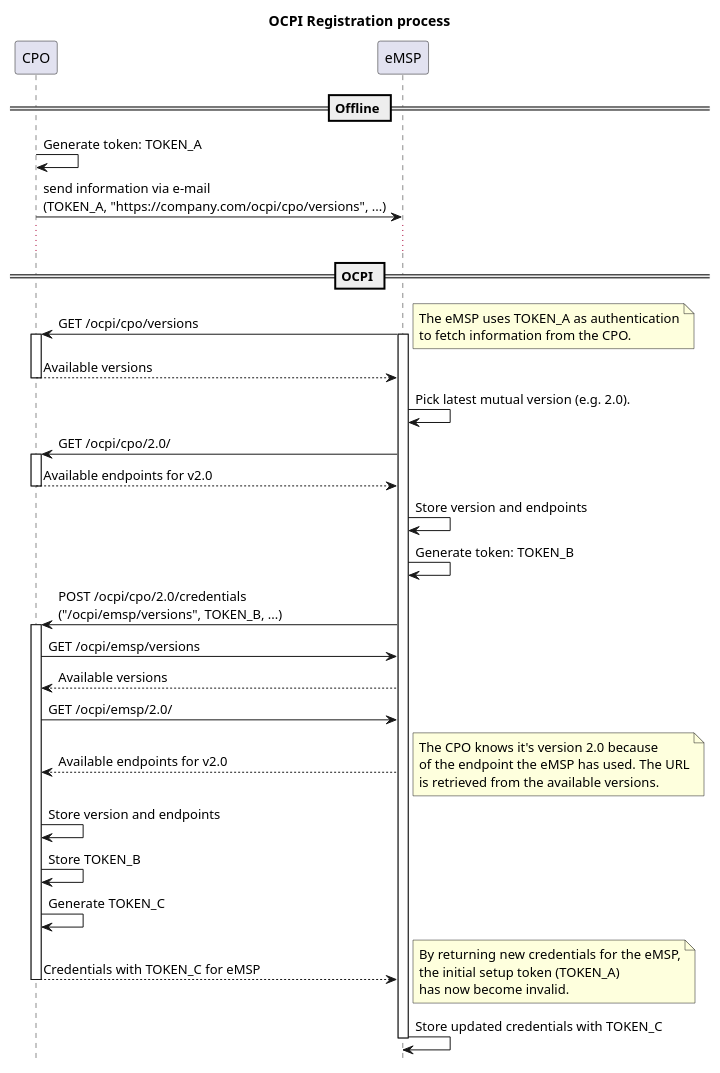
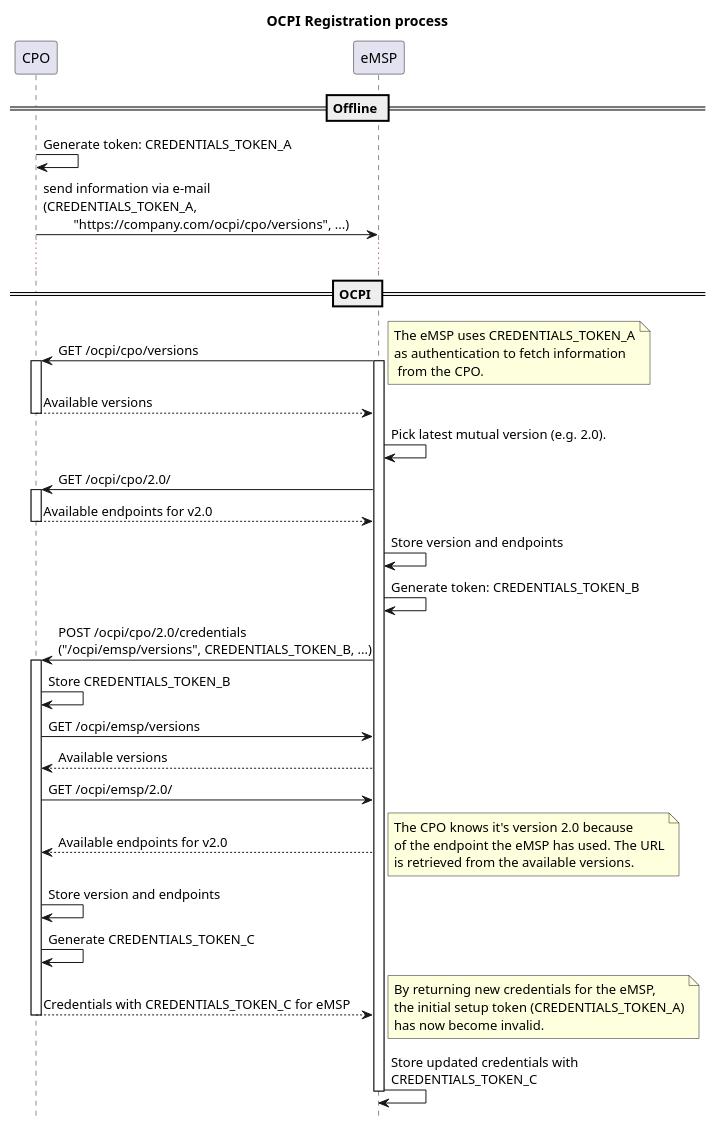
Before and after one commit to ocpi/ocpi: the diagram in plantuml/registration-sequence.plantuml, drawn with PlantUML. The commit also changed 2 other files, not shown here.

Commit message:
Improved text and descriptions around Token for Authorization header, renamed them to: Credentials Token

```diff
--- a/plantuml/registration-sequence.plantuml
+++ b/plantuml/registration-sequence.plantuml
@@ -1,61 +1,62 @@
 @startuml
 title OCPI Registration process
 hide footbox
 
 participant CPO
 participant eMSP
 
 == Offline ==
 
-CPO -> CPO: Generate token: TOKEN_A
-CPO -> eMSP: send information via e-mail \n(TOKEN_A, "https://company.com/ocpi/cpo/versions", ...)
+CPO -> CPO: Generate token: CREDENTIALS_TOKEN_A
+CPO -> eMSP: send information via e-mail \n(CREDENTIALS_TOKEN_A,\n         "https://company.com/ocpi/cpo/versions", ...)
 
 ...
 
 == OCPI ==
 
 CPO <- eMSP: GET /ocpi/cpo/versions
 activate eMSP
 activate CPO
 note right
-    The eMSP uses TOKEN_A as authentication
-    to fetch information from the CPO.
+    The eMSP uses CREDENTIALS_TOKEN_A
+    as authentication to fetch information
+     from the CPO.
 end note
 CPO --> eMSP: Available versions
 deactivate CPO
 
 eMSP -> eMSP: Pick latest mutual version (e.g. 2.0).
 CPO <- eMSP: GET /ocpi/cpo/2.0/
 activate CPO
 CPO --> eMSP: Available endpoints for v2.0
 deactivate CPO
 eMSP -> eMSP: Store version and endpoints
-eMSP -> eMSP: Generate token: TOKEN_B
-CPO <- eMSP: POST /ocpi/cpo/2.0/credentials \n("/ocpi/emsp/versions", TOKEN_B, ...)
+eMSP -> eMSP: Generate token: CREDENTIALS_TOKEN_B
+CPO <- eMSP: POST /ocpi/cpo/2.0/credentials \n("/ocpi/emsp/versions", CREDENTIALS_TOKEN_B, ...)
 
 activate CPO
+CPO -> CPO: Store CREDENTIALS_TOKEN_B
 CPO -> eMSP: GET /ocpi/emsp/versions
 CPO <-- eMSP: Available versions
 CPO -> eMSP: GET /ocpi/emsp/2.0/
 CPO <-- eMSP: Available endpoints for v2.0
 note right
     The CPO knows it's version 2.0 because
     of the endpoint the eMSP has used. The URL
     is retrieved from the available versions.
 end note
 CPO -> CPO: Store version and endpoints
-CPO -> CPO: Store TOKEN_B
-CPO -> CPO: Generate TOKEN_C
-CPO --> eMSP: Credentials with TOKEN_C for eMSP
+CPO -> CPO: Generate CREDENTIALS_TOKEN_C
+CPO --> eMSP: Credentials with CREDENTIALS_TOKEN_C for eMSP
 deactivate CPO
 
 note right
     By returning new credentials for the eMSP,
-    the initial setup token (TOKEN_A)
+    the initial setup token (CREDENTIALS_TOKEN_A)
     has now become invalid.
 end note
-eMSP -> eMSP: Store updated credentials with TOKEN_C
+eMSP -> eMSP: Store updated credentials with\nCREDENTIALS_TOKEN_C
 
 deactivate eMSP
 
 @enduml
```
